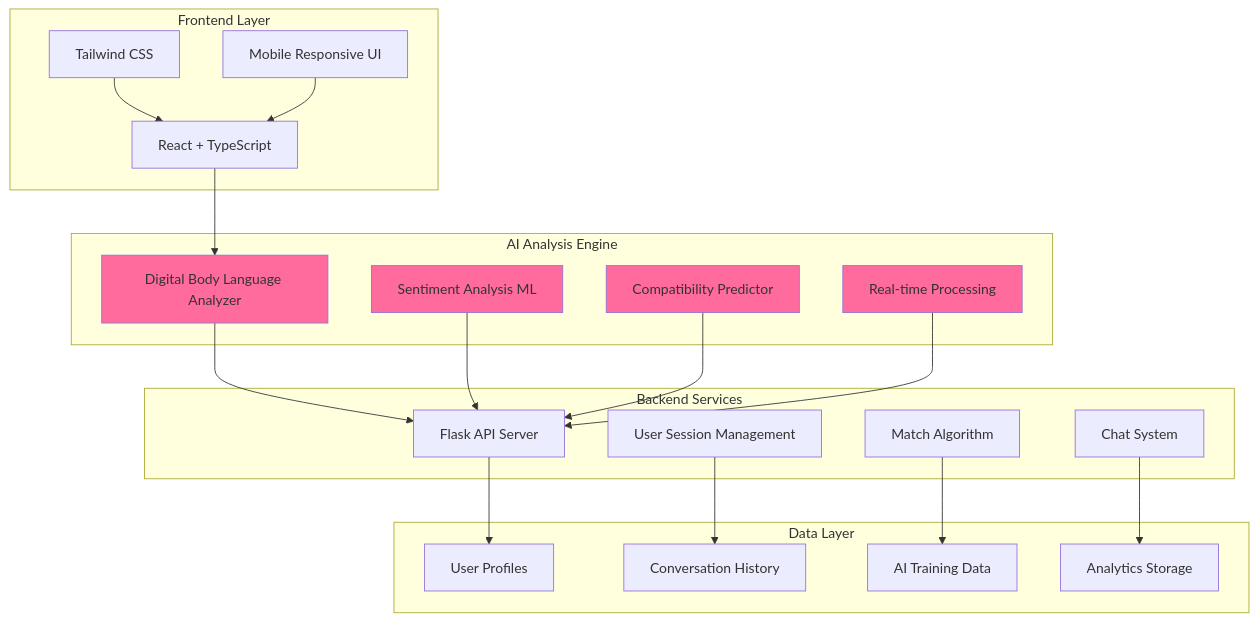
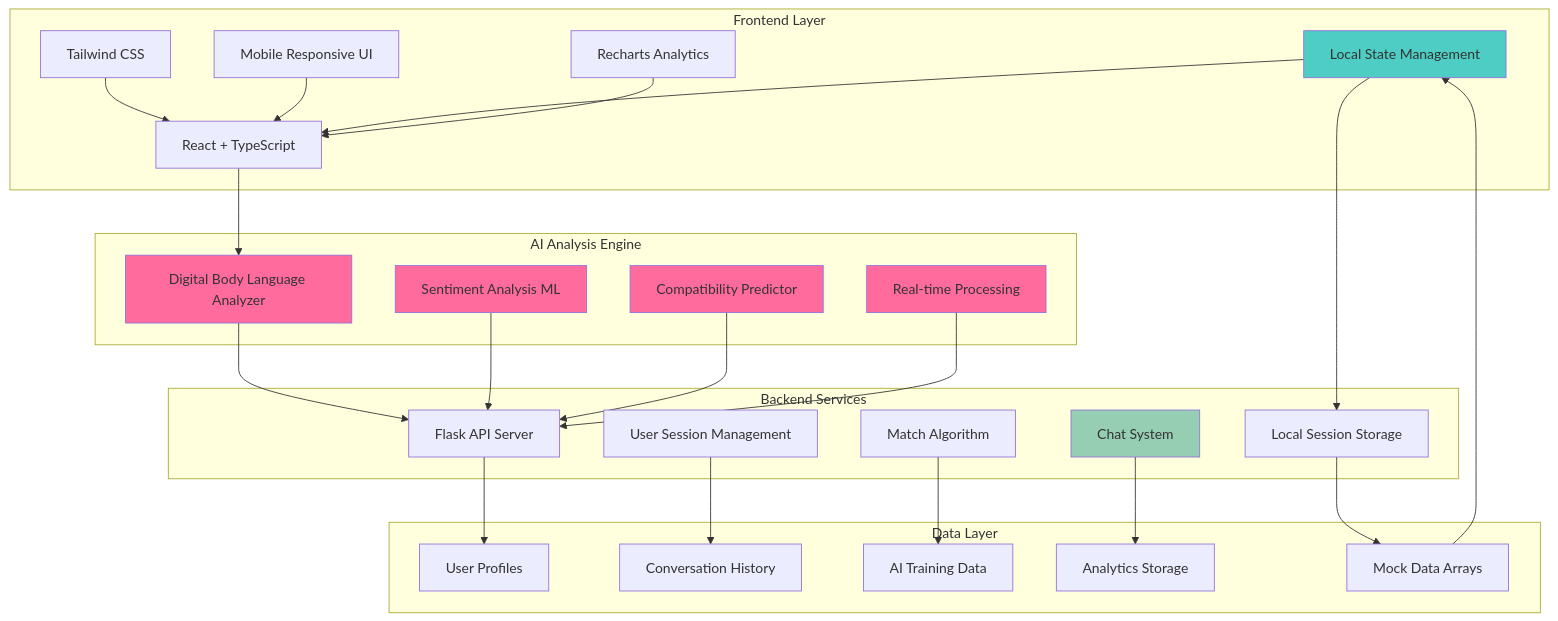
One commit to SDpDas/SoulSync changed the fifth of 13 diagrams in README.md. Above: the diagram before and after it, drawn with Mermaid. The commit also changed other lines of this file and 26 other files, not shown here.

````diff
--- a/README.md
+++ b/README.md
@@ -136,48 +174,60 @@
 ```mermaid
 graph TB
     subgraph "Frontend Layer"
         A[React + TypeScript]
         B[Tailwind CSS]
         C[Mobile Responsive UI]
+        D[Local State Management]
+        E[Recharts Analytics]
     end
     
     subgraph "AI Analysis Engine"
-        D[Digital Body Language Analyzer]
-        E[Sentiment Analysis ML]
-        F[Compatibility Predictor]
-        G[Real-time Processing]
+        F[Digital Body Language Analyzer]
+        G[Sentiment Analysis ML]
+        H[Compatibility Predictor]
+        I[Real-time Processing]
     end
     
     subgraph "Backend Services"
-        H[Flask API Server]
-        I[User Session Management]
-        J[Match Algorithm]
-        K[Chat System]
+        J[Flask API Server]
+        K[User Session Management]
+        L[Match Algorithm]
+        M[Chat System]
+        N[Local Session Storage]
     end
     
     subgraph "Data Layer"
-        L[User Profiles]
-        M[Conversation History]
-        N[AI Training Data]
-        O[Analytics Storage]
+        O[User Profiles]
+        P[Conversation History]
+        Q[AI Training Data]
+        R[Analytics Storage]
+        S[Mock Data Arrays]
     end
     
-    A --> D
+    A --> F
     B --> A
     C --> A
+    D --> A
+    E --> A
     
-    D --> H
-    E --> H
-    F --> H
-    G --> H
+    F --> J
+    G --> J
+    H --> J
+    I --> J
     
-    H --> L
-    I --> M
-    J --> N
-    K --> O
+    J --> O
+    K --> P
+    L --> Q
+    M --> R
+    N --> S
     
-    style D fill:#ff6b9d
-    style E fill:#ff6b9d
+    D --> N
+    S --> D
+    
     style F fill:#ff6b9d
     style G fill:#ff6b9d
+    style H fill:#ff6b9d
+    style I fill:#ff6b9d
+    style D fill:#4ecdc4
+    style M fill:#96ceb4
 ```
````
